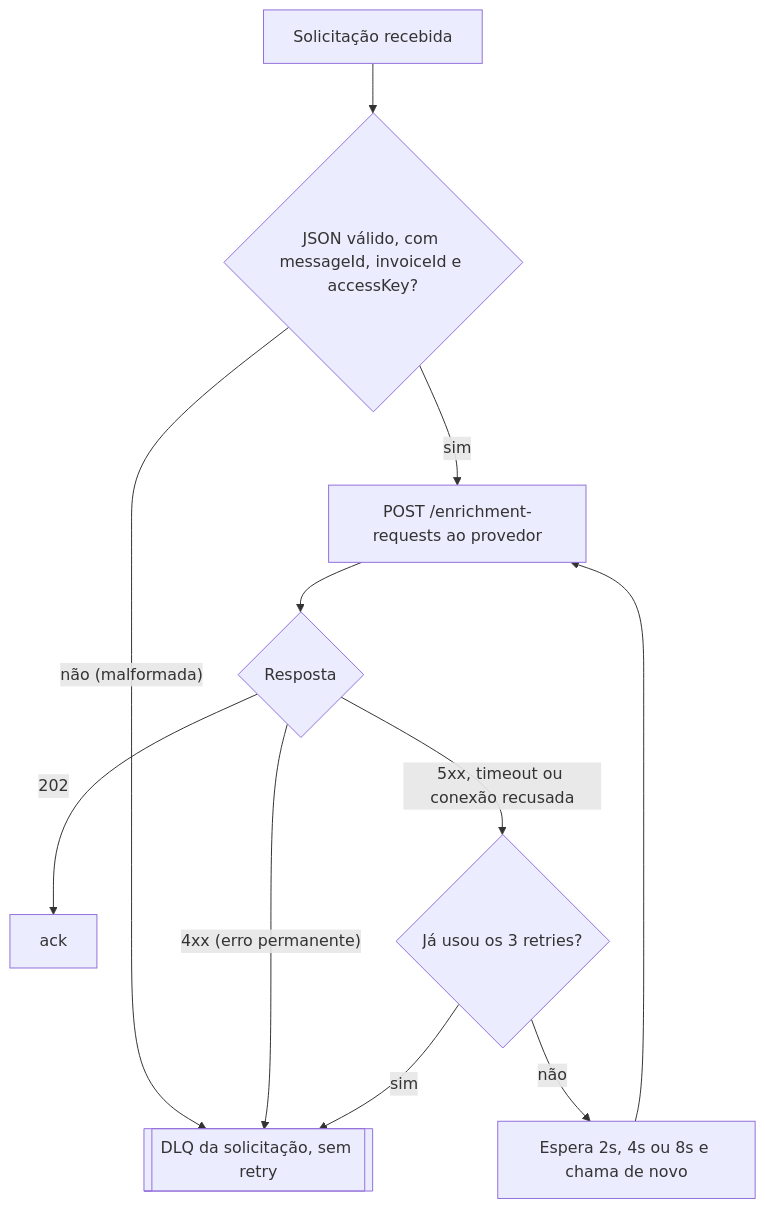
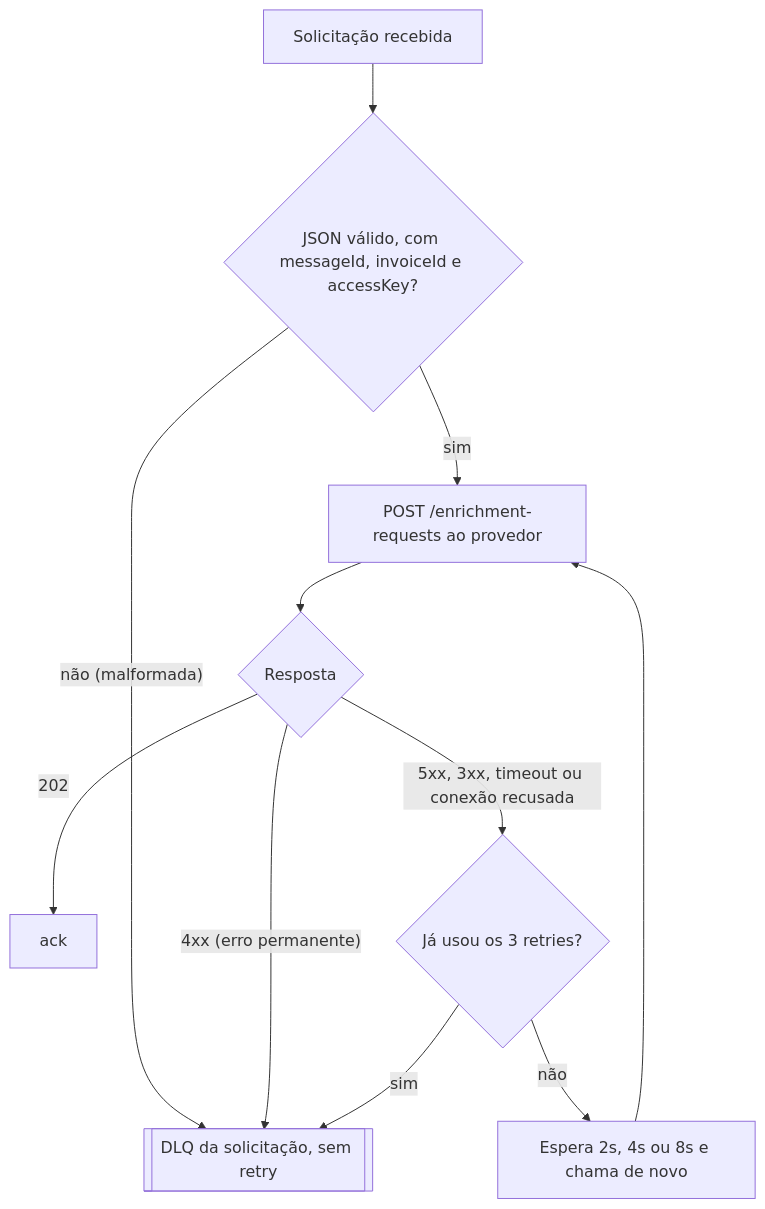
Before and after one commit to Matheus-Bezerra/invoice-processing-pipeline: the sixth of 9 diagrams in docs/flow.md, drawn with Mermaid. The commit also changed other lines of this file and 5 other files, not shown here.

````diff
--- a/docs/flow.md
+++ b/docs/flow.md
@@ -195,13 +195,13 @@
 ```mermaid
 flowchart TD
     A["Solicitação recebida"] --> B{"JSON válido, com messageId, invoiceId e accessKey?"}
     B -- "não (malformada)" --> DLQ[["DLQ da solicitação, sem retry"]]
     B -- "sim" --> C["POST /enrichment-requests ao provedor"]
     C --> D{"Resposta"}
     D -- "202" --> ACK["ack"]
     D -- "4xx (erro permanente)" --> DLQ
-    D -- "5xx, timeout ou conexão recusada" --> RT{"Já usou os 3 retries?"}
+    D -- "5xx, 3xx, timeout ou conexão recusada" --> RT{"Já usou os 3 retries?"}
     RT -- "não" --> WT["Espera 2s, 4s ou 8s e chama de novo"]
     WT --> C
     RT -- "sim" --> DLQ
 ```
````
